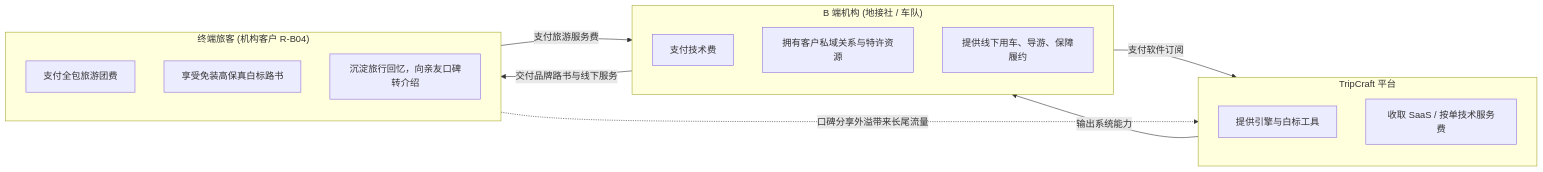
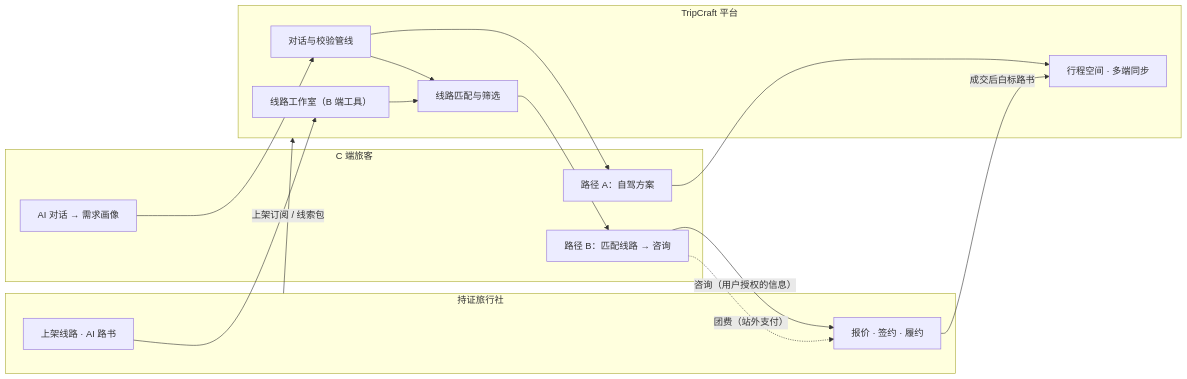
The diagram in docs/product/PRD-02-personas-segments.md (JohnMaxwell0123/TripCraft), drawn with Mermaid before and after one commit. The commit also changed other lines of this file and 55 other files, not shown here.

````diff
--- a/docs/product/PRD-02-personas-segments.md
+++ b/docs/product/PRD-02-personas-segments.md
@@ -63,27 +67,28 @@
 ```mermaid
 flowchart LR
-    subgraph PLATFORM["TripCraft 平台"]
-        P_TECH["提供引擎与白标工具"]
-        P_REV["收取 SaaS / 按单技术服务费"]
+    subgraph C["C 端旅客"]
+        C1["AI 对话 → 需求画像"]
+        C2["路径 A：自驾方案"]
+        C3["路径 B：匹配线路 → 咨询"]
     end
 
-    subgraph B_TENANT["B 端机构 (地接社 / 车队)"]
-        B_PAY["支付技术费"]
-        B_DATA["拥有客户私域关系与特许资源"]
-        B_SERVICE["提供线下用车、导游、保障履约"]
+    subgraph P["TripCraft 平台"]
+        P1["对话与校验管线"]
+        P2["线路匹配与筛选"]
+        P3["行程空间 · 多端同步"]
+        P4["线路工作室（B 端工具）"]
     end
 
-    subgraph C_CLIENT["终端旅客 (机构客户 R-B04)"]
-        C_PAY["支付全包旅游团费"]
-        C_EXP["享受免装高保真白标路书"]
-        C_RET["沉淀旅行回忆，向亲友口碑转介绍"]
+    subgraph B["持证旅行社"]
+        B1["上架线路 · AI 路书"]
+        B2["报价 · 签约 · 履约"]
     end
 
-    PLATFORM -->|输出系统能力| B_TENANT
-    B_TENANT -->|支付软件订阅| PLATFORM
-
-    B_TENANT -->|交付品牌路书与线下服务| C_CLIENT
-    C_CLIENT -->|支付旅游服务费| B_TENANT
-
-    C_CLIENT -.->|口碑分享外溢带来长尾流量| PLATFORM
+    C1 --> P1 --> C2 --> P3
+    P1 --> P2 --> C3
+    B1 --> P4 --> P2
+    C3 -->|咨询（用户授权的信息）| B2
+    B2 -->|成交后白标路书| P3
+    B -->|上架订阅 / 线索包| P
+    C3 -.->|团费（站外支付）| B2
 ```
````
